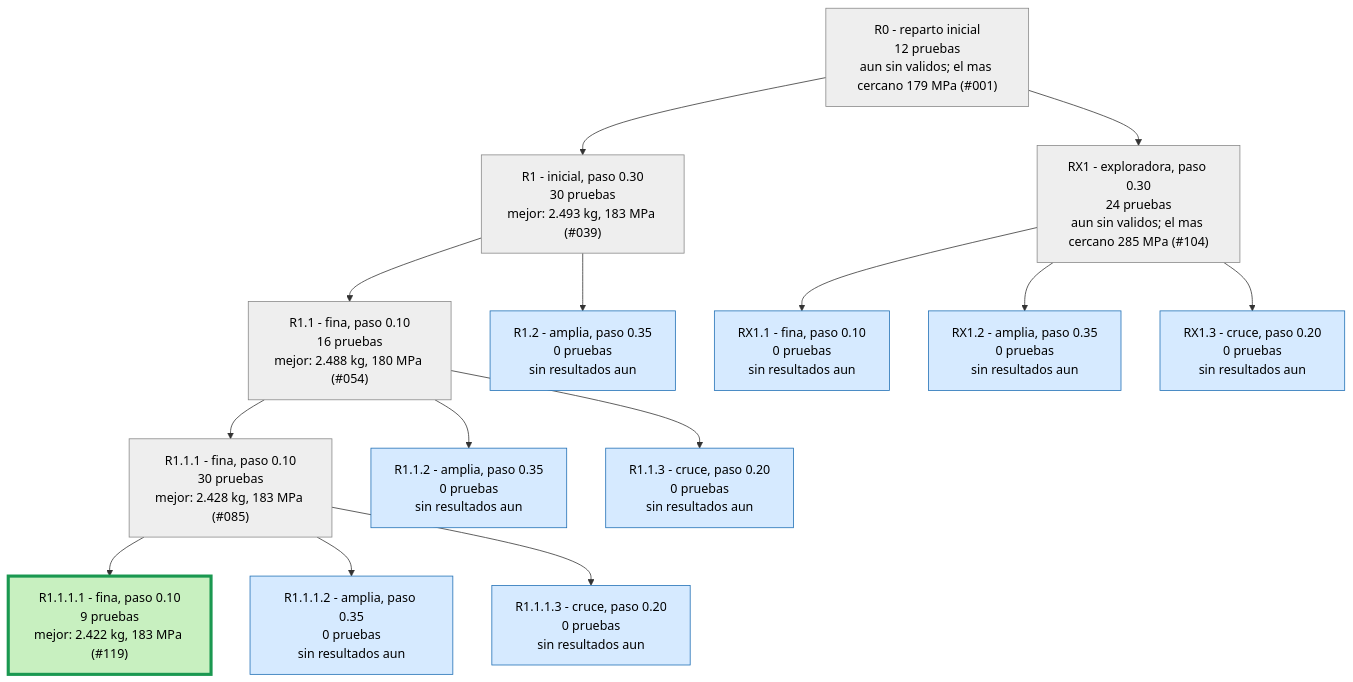
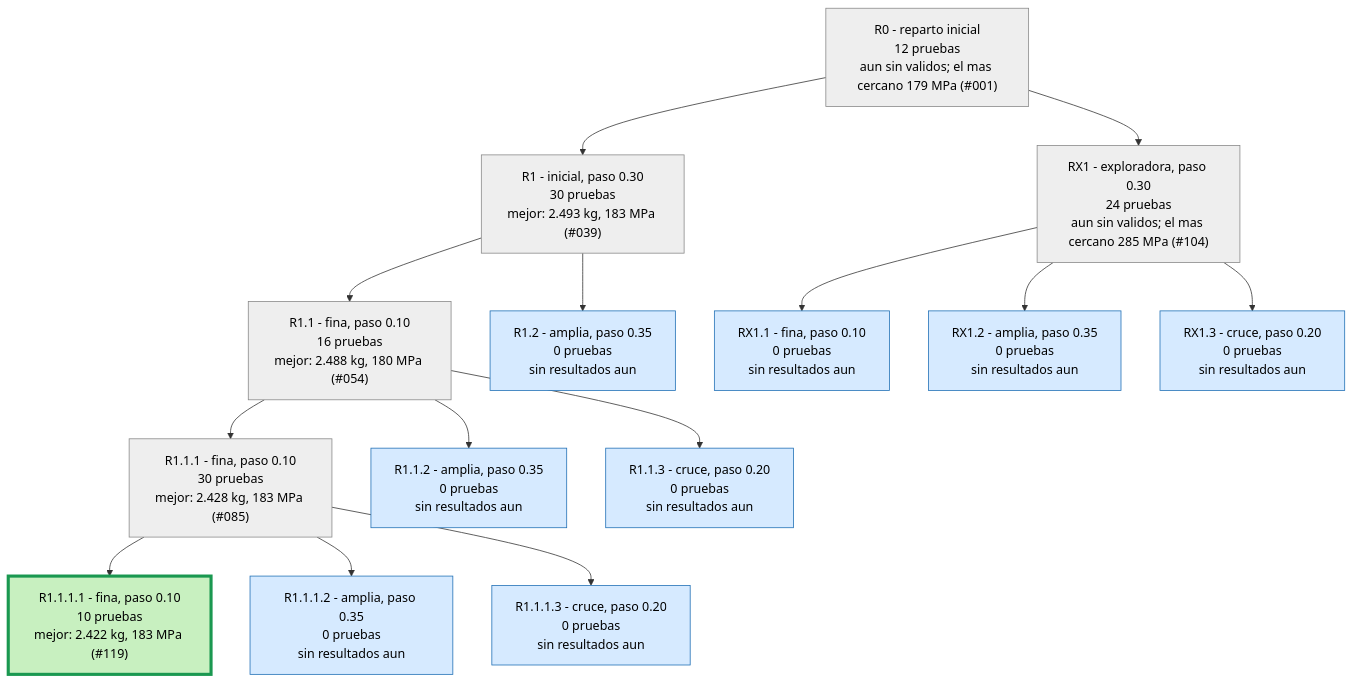
One commit to Hugiko/msd-soporte-optimizacion changed the second of 3 diagrams in runs/opt_37800N/ARBOL.md. Above: the diagram before and after it, drawn with Mermaid. The commit also changed 20 other files, not shown here.

````diff
--- a/runs/opt_37800N/ARBOL.md
+++ b/runs/opt_37800N/ARBOL.md
@@ -29,33 +29,33 @@
 ```mermaid
 graph TD
 classDef activa fill:#d6eaff,stroke:#1f6fb5,color:#000
 classDef fin fill:#eeeeee,stroke:#888,color:#000
 classDef mejor fill:#c8f0c0,stroke:#1a9850,stroke-width:4px,color:#000
 R0["R0 - reparto inicial<br/>12 pruebas<br/>aun sin validos; el mas cercano 179 MPa (#001)"]:::fin
 R1["R1 - inicial, paso 0.30<br/>30 pruebas<br/>mejor: 2.493 kg, 183 MPa (#039)"]:::fin
 R0 --> R1
 R1_1["R1.1 - fina, paso 0.10<br/>16 pruebas<br/>mejor: 2.488 kg, 180 MPa (#054)"]:::fin
 R1 --> R1_1
 R1_2["R1.2 - amplia, paso 0.35<br/>0 pruebas<br/>sin resultados aun"]:::activa
 R1 --> R1_2
 R1_1_1["R1.1.1 - fina, paso 0.10<br/>30 pruebas<br/>mejor: 2.428 kg, 183 MPa (#085)"]:::fin
 R1_1 --> R1_1_1
 R1_1_2["R1.1.2 - amplia, paso 0.35<br/>0 pruebas<br/>sin resultados aun"]:::activa
 R1_1 --> R1_1_2
 R1_1_3["R1.1.3 - cruce, paso 0.20<br/>0 pruebas<br/>sin resultados aun"]:::activa
 R1_1 --> R1_1_3
-R1_1_1_1["R1.1.1.1 - fina, paso 0.10<br/>9 pruebas<br/>mejor: 2.422 kg, 183 MPa (#119)"]:::mejor
+R1_1_1_1["R1.1.1.1 - fina, paso 0.10<br/>10 pruebas<br/>mejor: 2.422 kg, 183 MPa (#119)"]:::mejor
 R1_1_1 --> R1_1_1_1
 R1_1_1_2["R1.1.1.2 - amplia, paso 0.35<br/>0 pruebas<br/>sin resultados aun"]:::activa
 R1_1_1 --> R1_1_1_2
 R1_1_1_3["R1.1.1.3 - cruce, paso 0.20<br/>0 pruebas<br/>sin resultados aun"]:::activa
 R1_1_1 --> R1_1_1_3
 RX1["RX1 - exploradora, paso 0.30<br/>24 pruebas<br/>aun sin validos; el mas cercano 285 MPa (#104)"]:::fin
 R0 --> RX1
 RX1_1["RX1.1 - fina, paso 0.10<br/>0 pruebas<br/>sin resultados aun"]:::activa
 RX1 --> RX1_1
 RX1_2["RX1.2 - amplia, paso 0.35<br/>0 pruebas<br/>sin resultados aun"]:::activa
 RX1 --> RX1_2
 RX1_3["RX1.3 - cruce, paso 0.20<br/>0 pruebas<br/>sin resultados aun"]:::activa
 RX1 --> RX1_3
 ```
````
